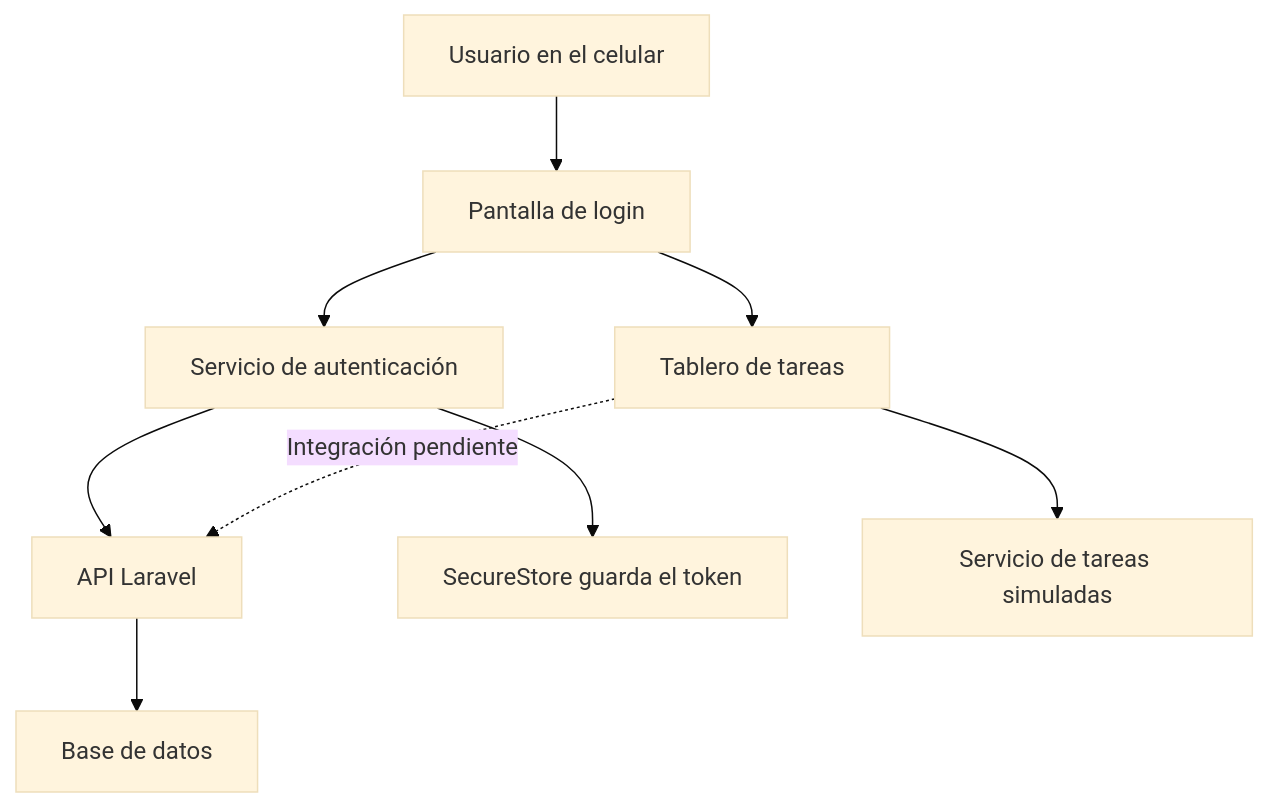
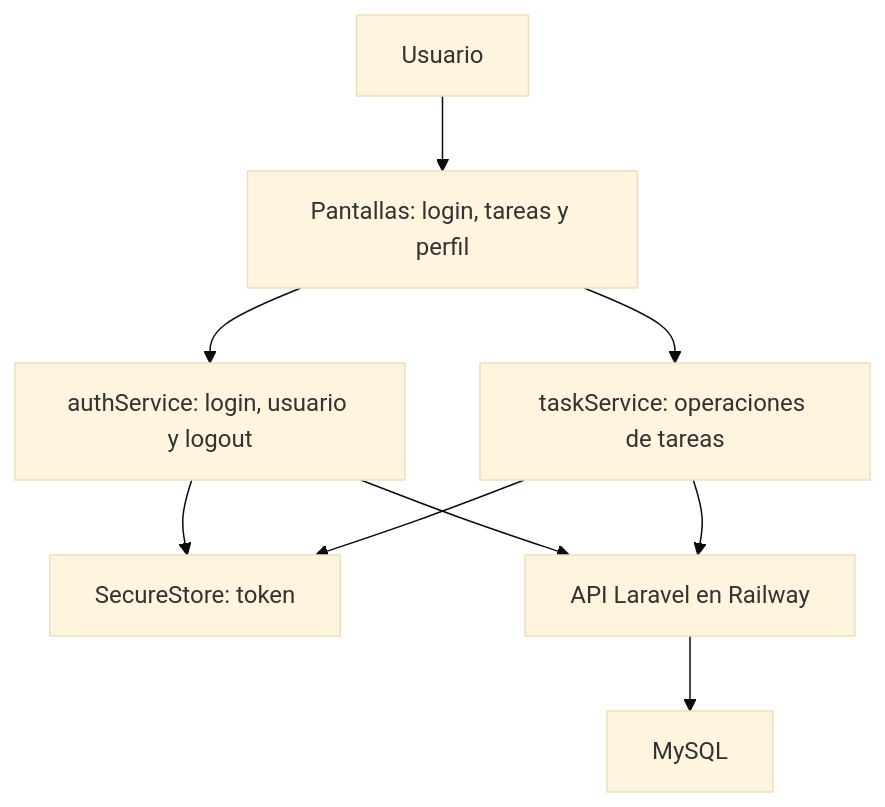
Before and after one commit to matiasfd94/gestor-tareas-duartematias: the diagram in docs/arquitectura.md, drawn with Mermaid (base theme). The commit also changed other lines of this file and 1 other file, not shown here.

````diff
--- a/docs/arquitectura.md
+++ b/docs/arquitectura.md
@@ -14,11 +17,11 @@
 ```mermaid
 flowchart TD
-    A[Usuario en el celular] --> B[Pantalla de login]
-    B --> C[Servicio de autenticación]
-    C --> D[API Laravel]
-    D --> E[Base de datos]
-    C --> F[SecureStore guarda el token]
-    B --> G[Tablero de tareas]
-    G --> H[Servicio de tareas simuladas]
-    G -. Integración pendiente .-> D
+    U[Usuario] --> P[Pantallas: login, tareas y perfil]
+    P --> A[authService: login, usuario y logout]
+    P --> T[taskService: operaciones de tareas]
+    A --> S[SecureStore: token]
+    T --> S
+    A --> API[API Laravel en Railway]
+    T --> API
+    API --> DB[MySQL]
 ```
````
